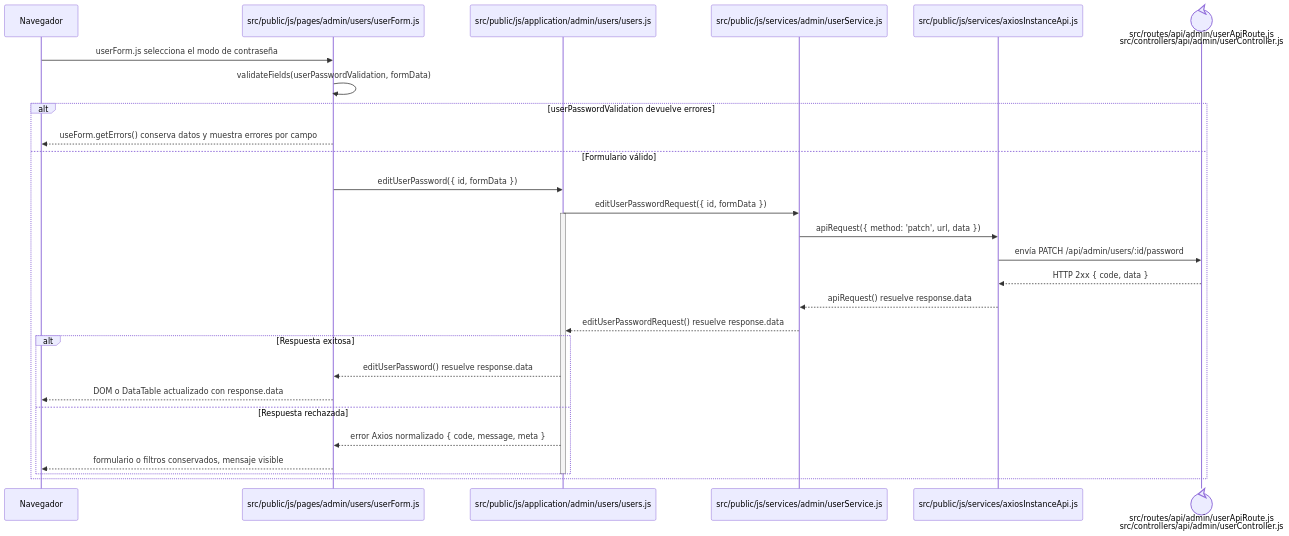
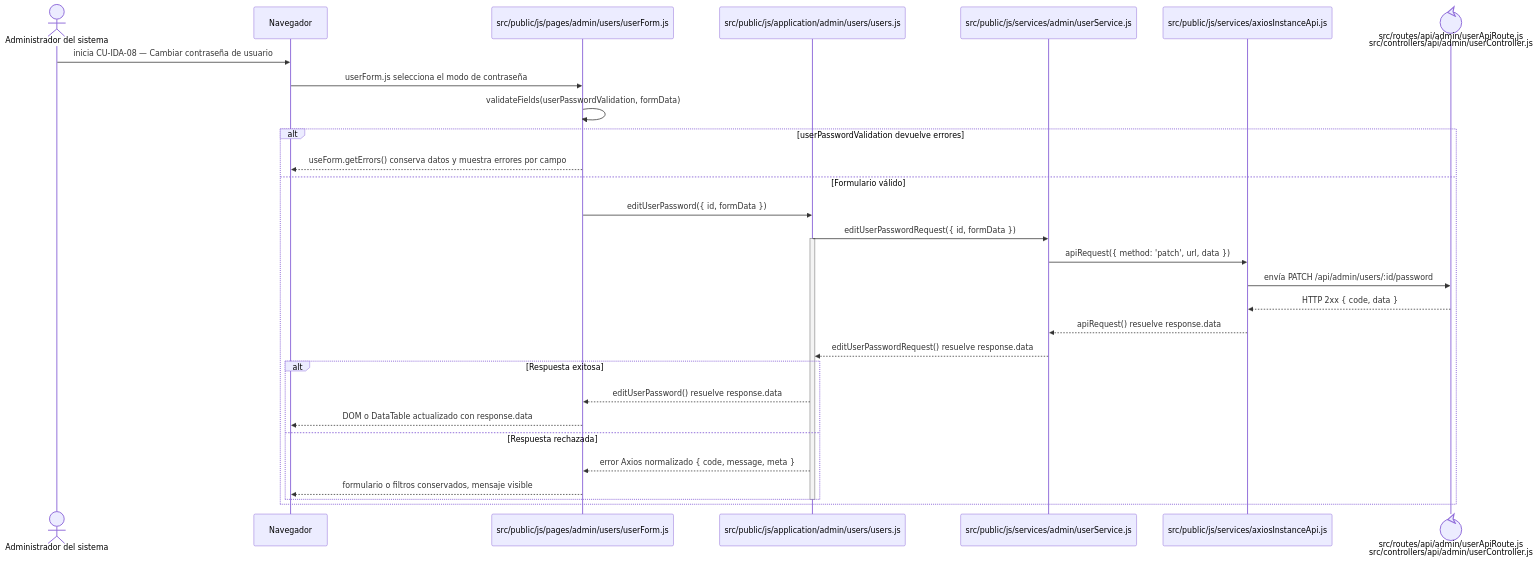
One commit to gpgsistemas01/nexus changed the diagram in docs/architecture/frontend-code-sequences/identity-access/cu-ida-08.md. Above: the diagram before and after it, drawn with Mermaid. The commit also changed 105 other files, not shown here.

````diff
--- a/docs/architecture/frontend-code-sequences/identity-access/cu-ida-08.md
+++ b/docs/architecture/frontend-code-sequences/identity-access/cu-ida-08.md
@@ -6,32 +6,34 @@
 ```mermaid
 sequenceDiagram
+    actor Initiator as Administrador del sistema
     participant Browser as Navegador
     participant View as src/public/js/pages/admin/users/userForm.js
     participant Application as src/public/js/application/admin/users/users.js
     participant Request as src/public/js/services/admin/userService.js
     participant HTTP as src/public/js/services/axiosInstanceApi.js
     participant Transport@{ "type": "control" } as src/routes/api/admin/userApiRoute.js<br/>src/controllers/api/admin/userController.js
 
+    Initiator->>Browser: inicia CU-IDA-08 — Cambiar contraseña de usuario
     Browser->>View: userForm.js selecciona el modo de contraseña
     View->>View: validateFields(userPasswordValidation, formData)
     alt userPasswordValidation devuelve errores
         View-->>Browser: useForm.getErrors() conserva datos y muestra errores por campo
     else Formulario válido
         View->>Application: editUserPassword({ id, formData })
         Application->>Request: editUserPasswordRequest({ id, formData })
         activate Application
         Request->>HTTP: apiRequest({ method: 'patch', url, data })
         HTTP->>Transport: envía PATCH /api/admin/users/:id/password
         Transport-->>HTTP: HTTP 2xx { code, data }
         HTTP-->>Request: apiRequest() resuelve response.data
         Request-->>Application: editUserPasswordRequest() resuelve response.data
         alt Respuesta exitosa
             Application-->>View: editUserPassword() resuelve response.data
             View-->>Browser: DOM o DataTable actualizado con response.data
         else Respuesta rechazada
             Application-->>View: error Axios normalizado { code, message, meta }
             View-->>Browser: formulario o filtros conservados, mensaje visible
         end
         deactivate Application
     end
 ```
````
